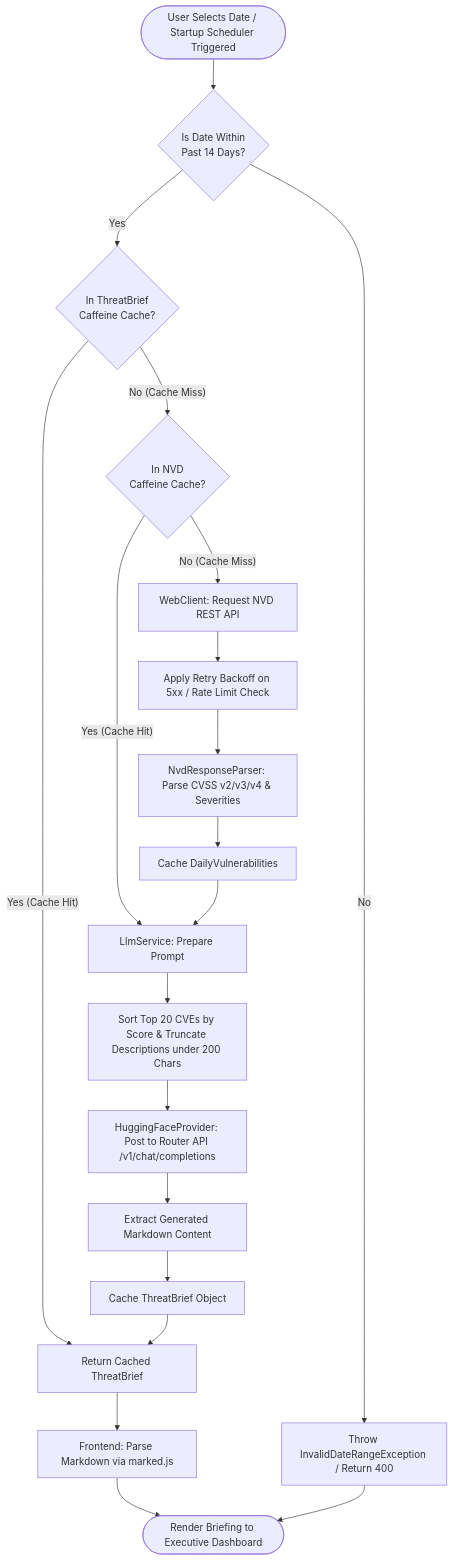
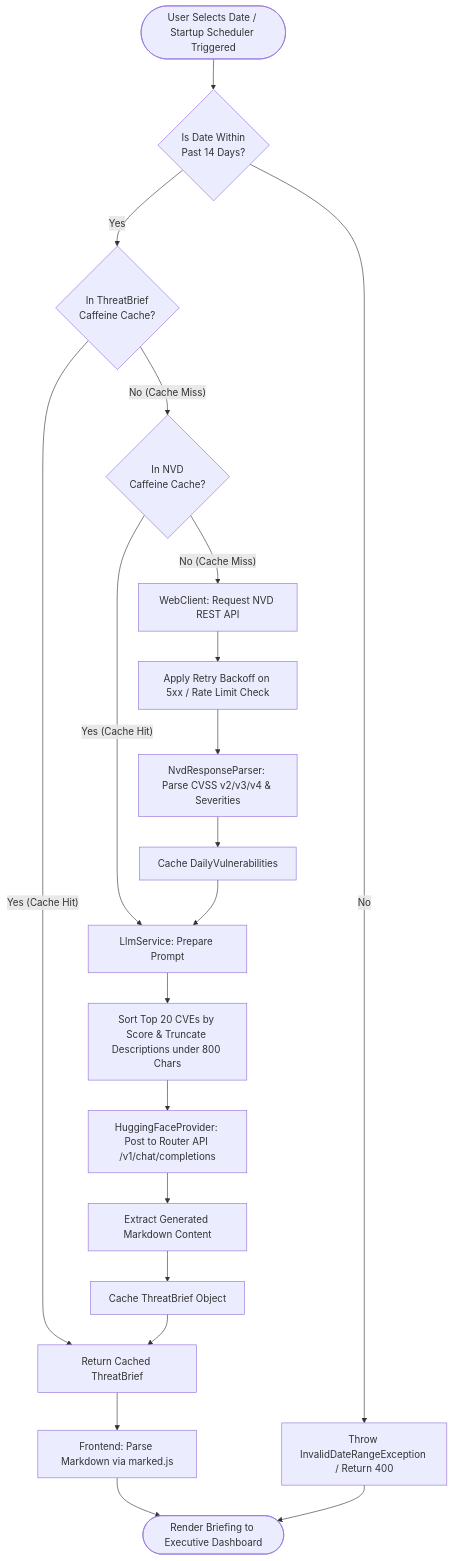
Before and after one commit to mphotle/threatbrief: the first of 2 diagrams in README.md, drawn with Mermaid. The commit also changed other lines of this file, not shown here.

````diff
--- a/README.md
+++ b/README.md
@@ -12,30 +11,30 @@
-~~~mermaid
+```mermaid
 flowchart TD
     Start(["User Selects Date / Startup Scheduler Triggered"]) --> ValidateDate{"Is Date Within<br/>Past 14 Days?"}
     
     ValidateDate -->|"No"| ErrorOut["Throw InvalidDateRangeException / Return 400"]
     ValidateDate -->|"Yes"| CheckBriefCache{"In ThreatBrief<br/>Caffeine Cache?"}
     
     CheckBriefCache -->|"Yes (Cache Hit)"| ReturnBrief["Return Cached ThreatBrief"]
     
     CheckBriefCache -->|"No (Cache Miss)"| CheckNvdCache{"In NVD<br/>Caffeine Cache?"}
     
     CheckNvdCache -->|"Yes (Cache Hit)"| PrepPrompt["LlmService: Prepare Prompt"]
     
     CheckNvdCache -->|"No (Cache Miss)"| FetchNVD["WebClient: Request NVD REST API"]
     FetchNVD --> Resilience["Apply Retry Backoff on 5xx / Rate Limit Check"]
     Resilience --> ParseNVD["NvdResponseParser: Parse CVSS v2/v3/v4 & Severities"]
     ParseNVD --> CacheNVD["Cache DailyVulnerabilities"]
     CacheNVD --> PrepPrompt
     
-    PrepPrompt --> FilterCVEs["Sort Top 20 CVEs by Score & Truncate Descriptions under 200 Chars"]
+    PrepPrompt --> FilterCVEs["Sort Top 20 CVEs by Score & Truncate Descriptions under 800 Chars"]
     FilterCVEs --> CallHF["HuggingFaceProvider: Post to Router API /v1/chat/completions"]
     CallHF --> ExtractText["Extract Generated Markdown Content"]
     
     ExtractText --> StoreBriefCache["Cache ThreatBrief Object"]
     StoreBriefCache --> ReturnBrief
     
     ReturnBrief --> FrontendRender["Frontend: Parse Markdown via marked.js"]
     FrontendRender --> DisplayUI(["Render Briefing to Executive Dashboard"])
     ErrorOut --> DisplayUI
-~~~
+```
````
